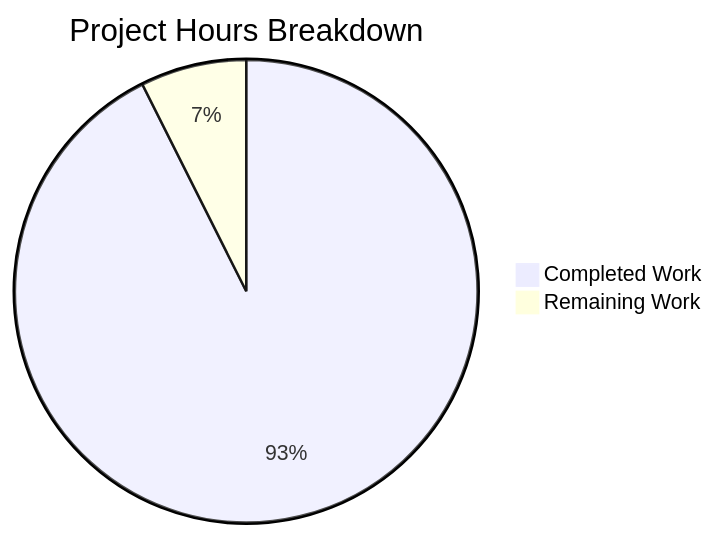
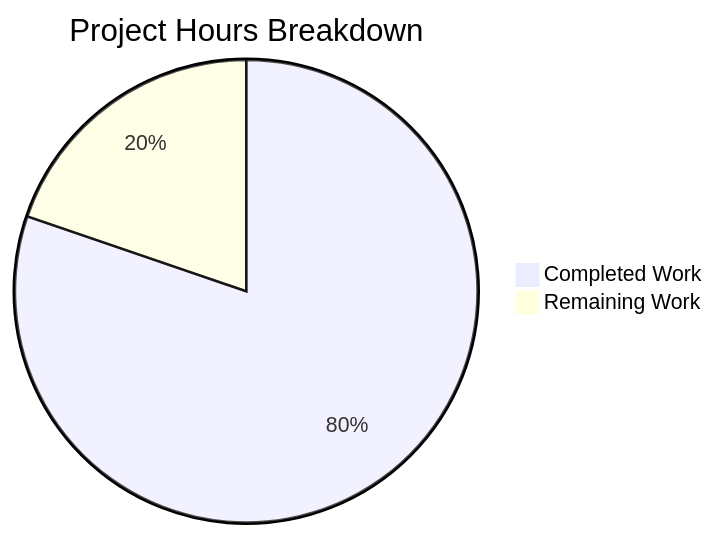
One commit to Blitzy-Sandbox/kalle changed the second of 2 diagrams in blitzy/documentation/Project Guide.md. Above: the diagram before and after it, drawn with Mermaid. The commit also changed other lines of this file, not shown here.

Commit message:
Adding Blitzy Project Guide: Project Status and Human Tasks Remaining

````diff
--- a/blitzy/documentation/Project Guide.md
+++ b/blitzy/documentation/Project Guide.md
@@ -261,5 +203,5 @@
 ```mermaid
 pie title Project Hours Breakdown
-    "Completed Work" : 400
-    "Remaining Work" : 32
+    "Completed Work" : 32.5
+    "Remaining Work" : 8
 ```
````
